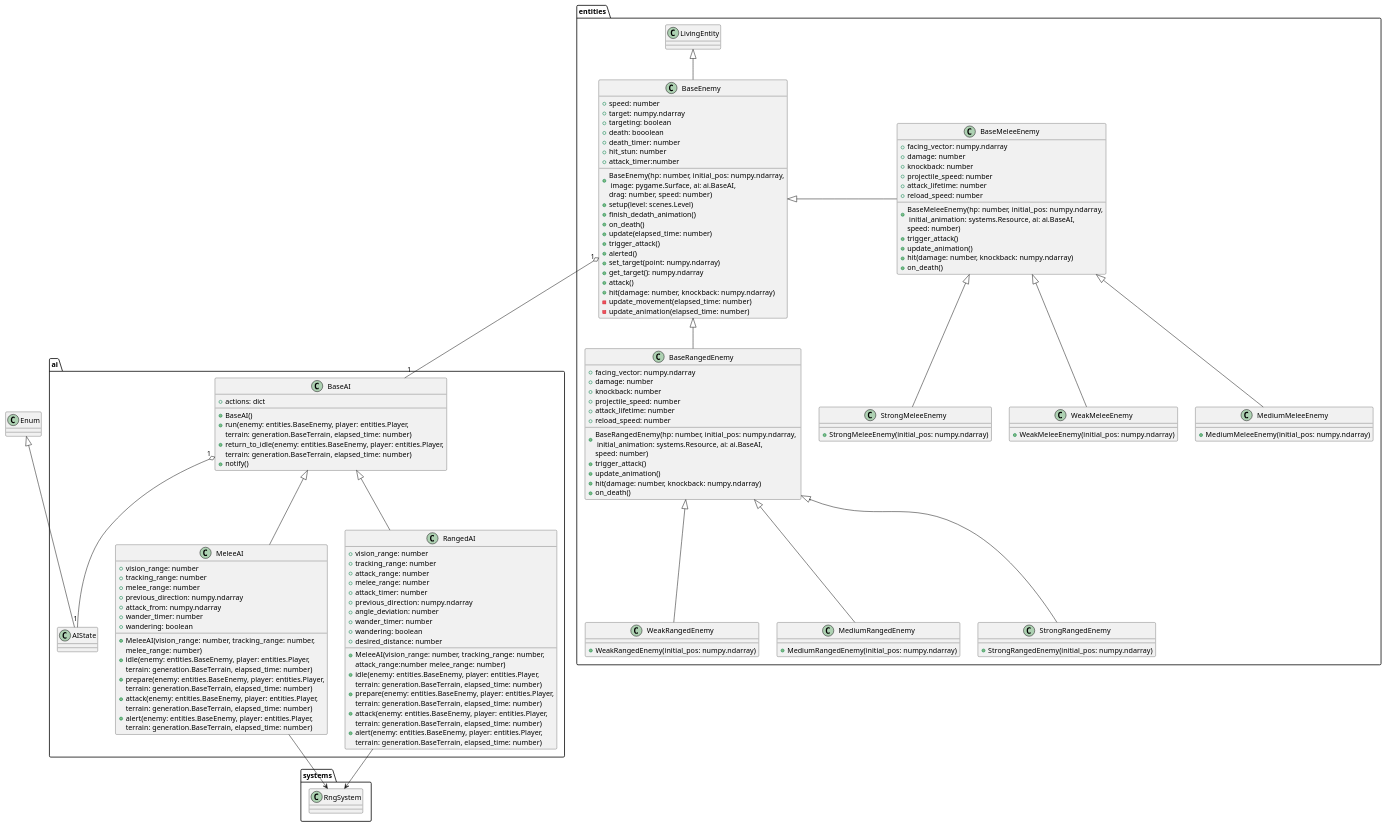
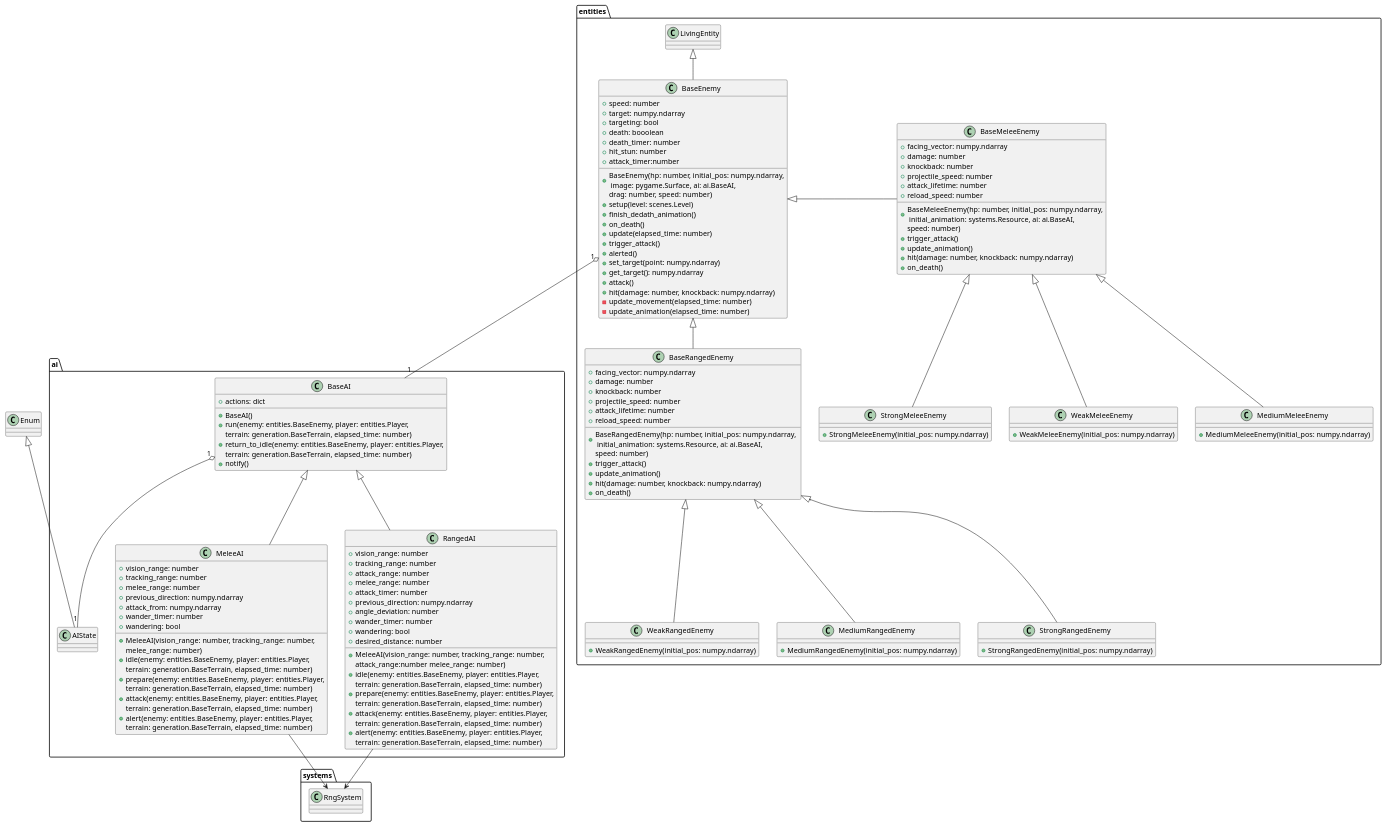
One commit to daavidrgz/galactic-gambit changed the diagram in docs/diagrams/enemies.pu. Above: the diagram before and after it, drawn with PlantUML. The commit also changed 8 other files, not shown here.

```diff
--- a/docs/diagrams/enemies.pu
+++ b/docs/diagrams/enemies.pu
@@ -2,157 +2,157 @@
 @startuml enemies
 
 
 class ai.BaseAI{
     + actions: dict
 
     + BaseAI()
     + run(enemy: entities.BaseEnemy, player: entities.Player, 
         terrain: generation.BaseTerrain, elapsed_time: number)
     + return_to_idle(enemy: entities.BaseEnemy, player: entities.Player, 
         terrain: generation.BaseTerrain, elapsed_time: number)
     + notify()
 }
 ai.BaseAI "1" o-- "1" ai.AIState
 
 
 class ai.MeleeAI extends ai.BaseAI{
     + vision_range: number
     + tracking_range: number
     + melee_range: number
     + previous_direction: numpy.ndarray
     + attack_from: numpy.ndarray
     + wander_timer: number
-    + wandering: boolean
+    + wandering: bool
 
     + MeleeAI(vision_range: number, tracking_range: number,
          melee_range: number)
     + idle(enemy: entities.BaseEnemy, player: entities.Player, 
         terrain: generation.BaseTerrain, elapsed_time: number)
     + prepare(enemy: entities.BaseEnemy, player: entities.Player, 
         terrain: generation.BaseTerrain, elapsed_time: number)
     + attack(enemy: entities.BaseEnemy, player: entities.Player, 
         terrain: generation.BaseTerrain, elapsed_time: number)
     + alert(enemy: entities.BaseEnemy, player: entities.Player, 
         terrain: generation.BaseTerrain, elapsed_time: number)
 }
 
 ai.MeleeAI --> systems.RngSystem
 
 class ai.RangedAI extends ai.BaseAI{
     + vision_range: number
     + tracking_range: number
     + attack_range: number
     + melee_range: number
     + attack_timer: number
     + previous_direction: numpy.ndarray
     + angle_deviation: number
     + wander_timer: number
-    + wandering: boolean
+    + wandering: bool
     + desired_distance: number
 
     + MeleeAI(vision_range: number, tracking_range: number,
         attack_range:number melee_range: number)
     + idle(enemy: entities.BaseEnemy, player: entities.Player, 
         terrain: generation.BaseTerrain, elapsed_time: number)
     + prepare(enemy: entities.BaseEnemy, player: entities.Player, 
         terrain: generation.BaseTerrain, elapsed_time: number)
     + attack(enemy: entities.BaseEnemy, player: entities.Player, 
         terrain: generation.BaseTerrain, elapsed_time: number)
     + alert(enemy: entities.BaseEnemy, player: entities.Player, 
         terrain: generation.BaseTerrain, elapsed_time: number)
 }
 
 ai.RangedAI --> systems.RngSystem
 
 
 class ai.AIState extends Enum{}
 
 class entities.BaseEnemy extends entities.LivingEntity{
     + speed: number
     + target: numpy.ndarray
-    + targeting: boolean
+    + targeting: bool
     + death: booolean
     + death_timer: number
     + hit_stun: number
     + attack_timer:number
 
     + BaseEnemy(hp: number, initial_pos: numpy.ndarray,\n image: pygame.Surface, ai: ai.BaseAI,
         drag: number, speed: number)
     + setup(level: scenes.Level)
     + finish_dedath_animation()
     + on_death()
     + update(elapsed_time: number)
     + trigger_attack()
     + alerted()
     + set_target(point: numpy.ndarray)
     + get_target(): numpy.ndarray
     + attack()
     + hit(damage: number, knockback: numpy.ndarray)
     - update_movement(elapsed_time: number)
     - update_animation(elapsed_time: number)
 }
 
 entities.BaseEnemy "1" o-- "1" ai.BaseAI
 
 class entities.BaseRangedEnemy extends entities.BaseEnemy{
     + facing_vector: numpy.ndarray
     + damage: number
     + knockback: number
     + projectile_speed: number
     + attack_lifetime: number
     + reload_speed: number
 
     + BaseRangedEnemy(hp: number, initial_pos: numpy.ndarray, \n initial_animation: systems.Resource, ai: ai.BaseAI,
         speed: number)
     + trigger_attack()
     + update_animation()
     + hit(damage: number, knockback: numpy.ndarray)
     + on_death()
 }
 
 
 class entities.WeakRangedEnemy extends entities.BaseRangedEnemy{
     + WeakRangedEnemy(initial_pos: numpy.ndarray)
 }
 
 class entities.MediumRangedEnemy extends entities.BaseRangedEnemy{
     + MediumRangedEnemy(initial_pos: numpy.ndarray)
 }
 
 class entities.StrongRangedEnemy extends entities.BaseRangedEnemy{
     + StrongRangedEnemy(initial_pos: numpy.ndarray)
 }
 
 class entities.BaseMeleeEnemy{
     + facing_vector: numpy.ndarray
     + damage: number
     + knockback: number
     + projectile_speed: number
     + attack_lifetime: number
     + reload_speed: number
 
     + BaseMeleeEnemy(hp: number, initial_pos: numpy.ndarray,\n initial_animation: systems.Resource, ai: ai.BaseAI,
         speed: number)
     + trigger_attack()
     + update_animation()
     + hit(damage: number, knockback: numpy.ndarray)
     + on_death()
 }
 
 entities.BaseMeleeEnemy -right-|> entities.BaseEnemy
 
 class entities.WeakMeleeEnemy extends entities.BaseMeleeEnemy{
     + WeakMeleeEnemy(initial_pos: numpy.ndarray)
 }
 
 class entities.MediumMeleeEnemy extends entities.BaseMeleeEnemy{
     + MediumMeleeEnemy(initial_pos: numpy.ndarray)
 }
 
 class entities.StrongMeleeEnemy extends entities.BaseMeleeEnemy{
     + StrongMeleeEnemy(initial_pos: numpy.ndarray)
 }
 
 
 
 @enduml
```
